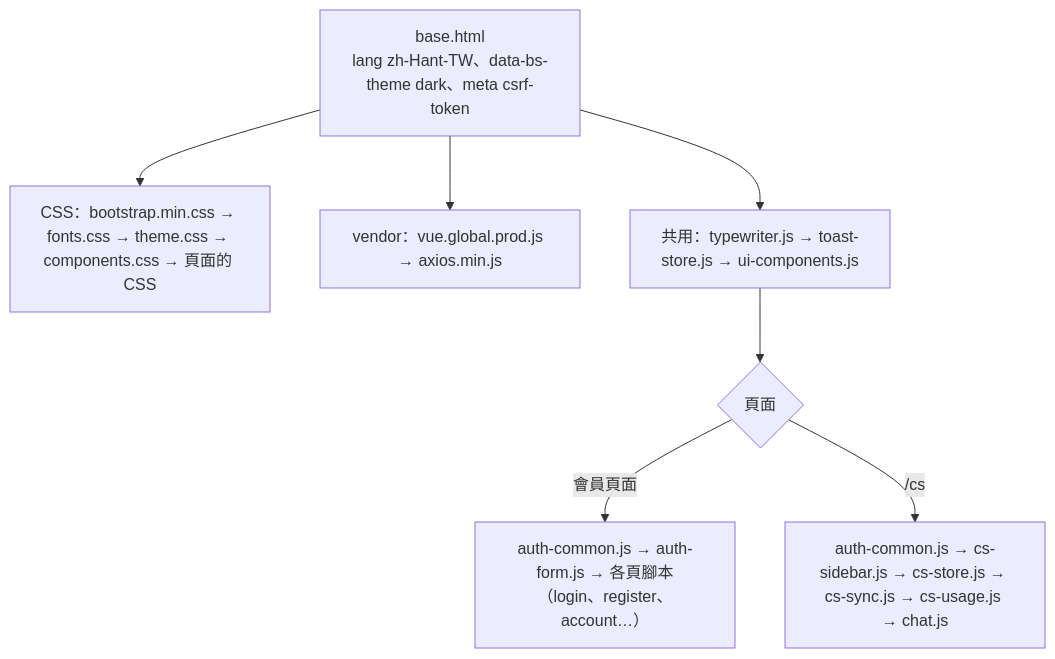
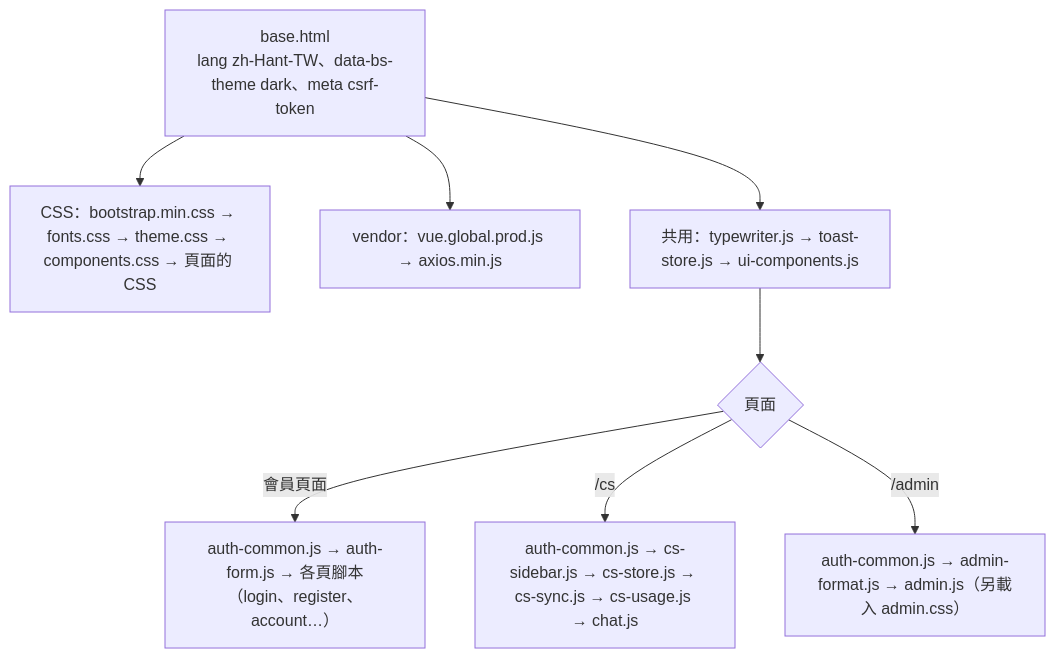
Before and after one commit to pp466pp466/R.A.C: the first of 5 diagrams in docs/前端結構-frontend.md, drawn with Mermaid. The commit also changed other lines of this file and 54 other files, not shown here.

````diff
--- a/docs/前端結構-frontend.md
+++ b/docs/前端結構-frontend.md
@@ -9,10 +9,11 @@
 ```mermaid
 flowchart TD
     Base["base.html<br/>lang zh-Hant-TW、data-bs-theme dark、meta csrf-token"]
     Base --> Css["CSS：bootstrap.min.css → fonts.css → theme.css → components.css → 頁面的 CSS"]
     Base --> Vendor["vendor：vue.global.prod.js → axios.min.js"]
     Base --> Ui["共用：typewriter.js → toast-store.js → ui-components.js"]
     Ui --> Page{"頁面"}
     Page -->|"會員頁面"| Auth["auth-common.js → auth-form.js → 各頁腳本<br/>（login、register、account…）"]
     Page -->|"/cs"| Cs["auth-common.js → cs-sidebar.js → cs-store.js → cs-sync.js → cs-usage.js → chat.js"]
+    Page -->|"/admin"| Adm["auth-common.js → admin-format.js → admin.js（另載入 admin.css）"]
 ```
````
